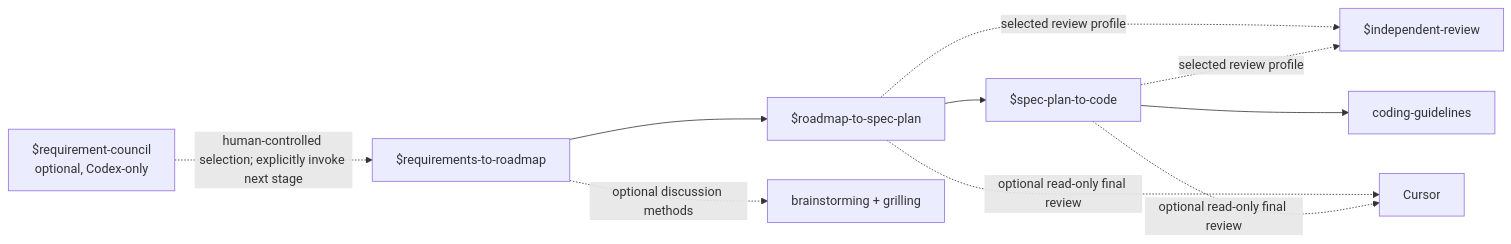
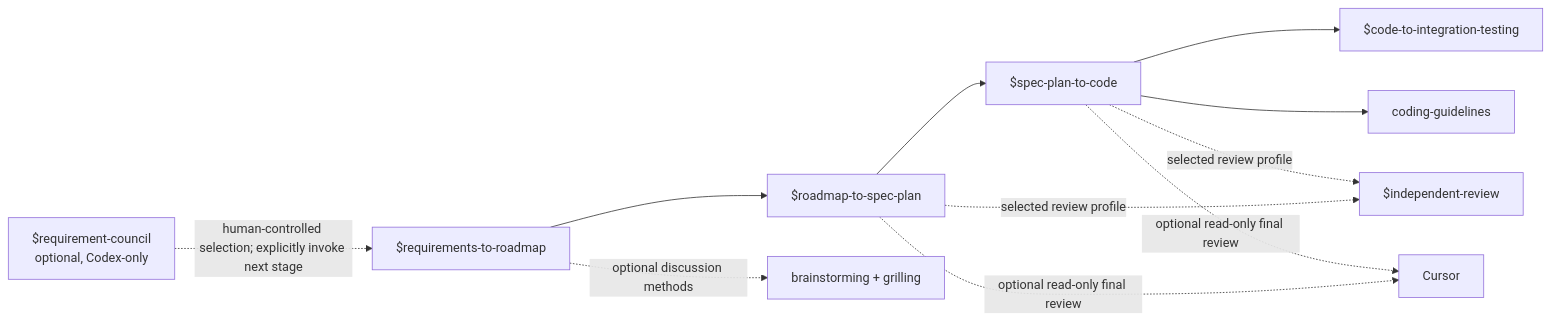
One commit to xfni/skills changed the diagram in README.md. Above: the diagram before and after it, drawn with Mermaid. The commit also changed other lines of this file and 7 other files, not shown here.

````diff
--- a/README.md
+++ b/README.md
@@ -11,11 +11,11 @@
 ```mermaid
 flowchart LR
     RC["$requirement-council<br/>optional, Codex-only"] -. human-controlled selection; explicitly invoke next stage .-> R
-    R["$requirements-to-roadmap"] --> S["$roadmap-to-spec-plan"] --> C["$spec-plan-to-code"]
+    R["$requirements-to-roadmap"] --> S["$roadmap-to-spec-plan"] --> C["$spec-plan-to-code"] --> T["$code-to-integration-testing"]
     R -. optional discussion methods .-> B["brainstorming + grilling"]
     S -. selected review profile .-> I["$independent-review"]
     C -. selected review profile .-> I
     C --> CG["coding-guidelines"]
     S -. optional read-only final review .-> CU["Cursor"]
     C -. optional read-only final review .-> CU
 ```
````
